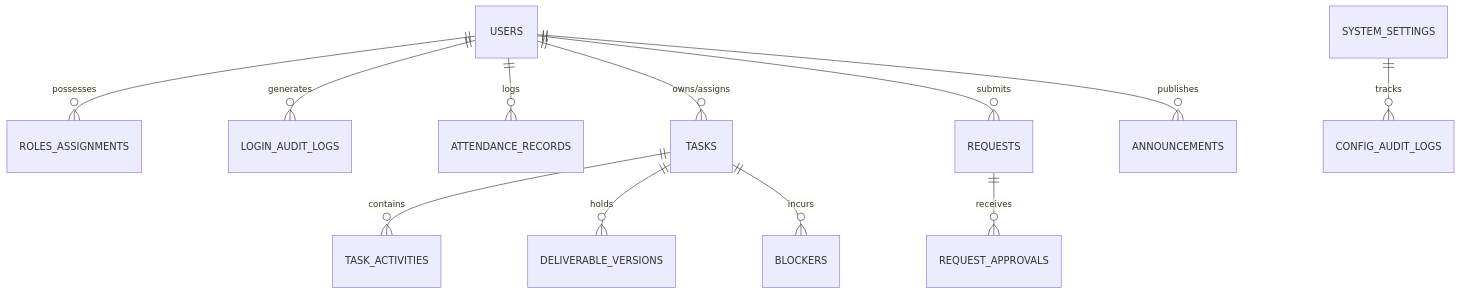
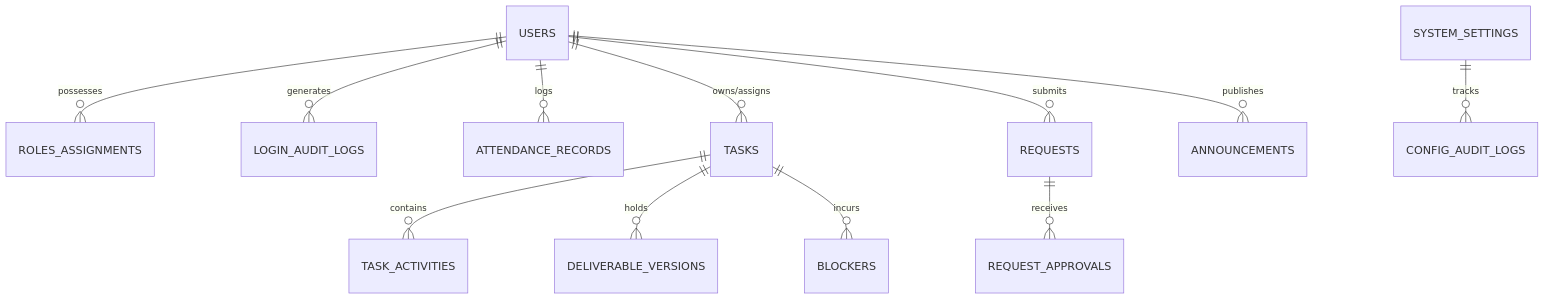
One commit to manikanta-ciril/internal-operations-tracking-system changed the seventh of 10 diagrams in iots-app/documentation/ai-data/codex-design/detailed_documentation_gem.md. Above: the diagram before and after it, drawn with Mermaid. The commit also changed other lines of this file and 1 other file, not shown here.

````diff
--- a/iots-app/documentation/ai-data/codex-design/detailed_documentation_gem.md
+++ b/iots-app/documentation/ai-data/codex-design/detailed_documentation_gem.md
@@ -503,14 +517,15 @@
 ```mermaid
+%%{init: {"themeVariables": {"fontSize": "18px"}, "flowchart": {"nodeSpacing": 36, "rankSpacing": 45}}}%%
 erDiagram
     USERS ||--o{ ROLES_ASSIGNMENTS : "possesses"
     USERS ||--o{ LOGIN_AUDIT_LOGS : "generates"
     USERS ||--o{ ATTENDANCE_RECORDS : "logs"
     USERS ||--o{ TASKS : "owns/assigns"
     TASKS ||--o{ TASK_ACTIVITIES : "contains"
     TASKS ||--o{ DELIVERABLE_VERSIONS : "holds"
     TASKS ||--o{ BLOCKERS : "incurs"
     USERS ||--o{ REQUESTS : "submits"
     REQUESTS ||--o{ REQUEST_APPROVALS : "receives"
     USERS ||--o{ ANNOUNCEMENTS : "publishes"
     SYSTEM_SETTINGS ||--o{ CONFIG_AUDIT_LOGS : "tracks"
 ```
````
